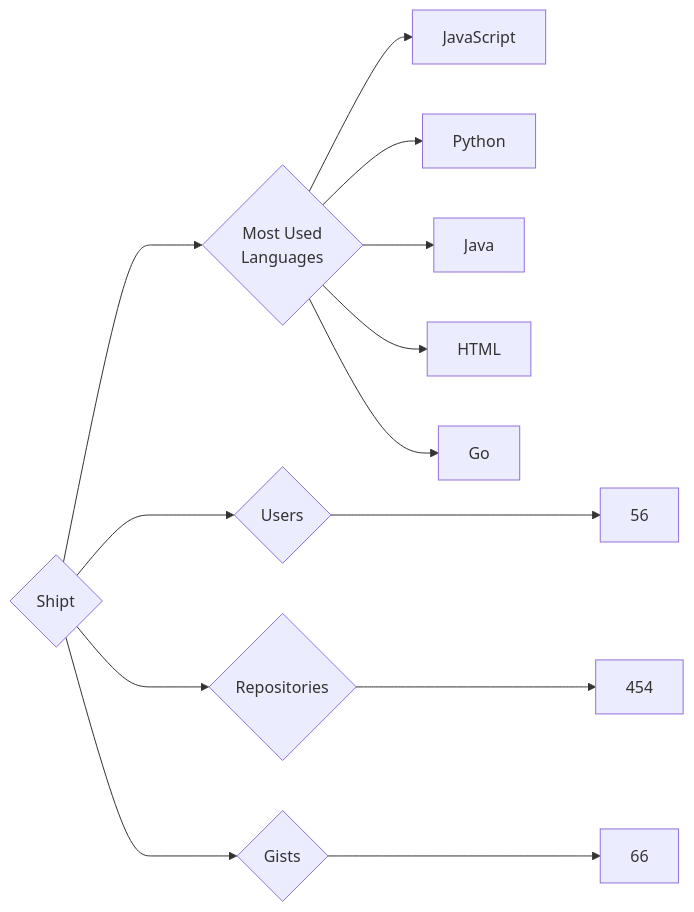
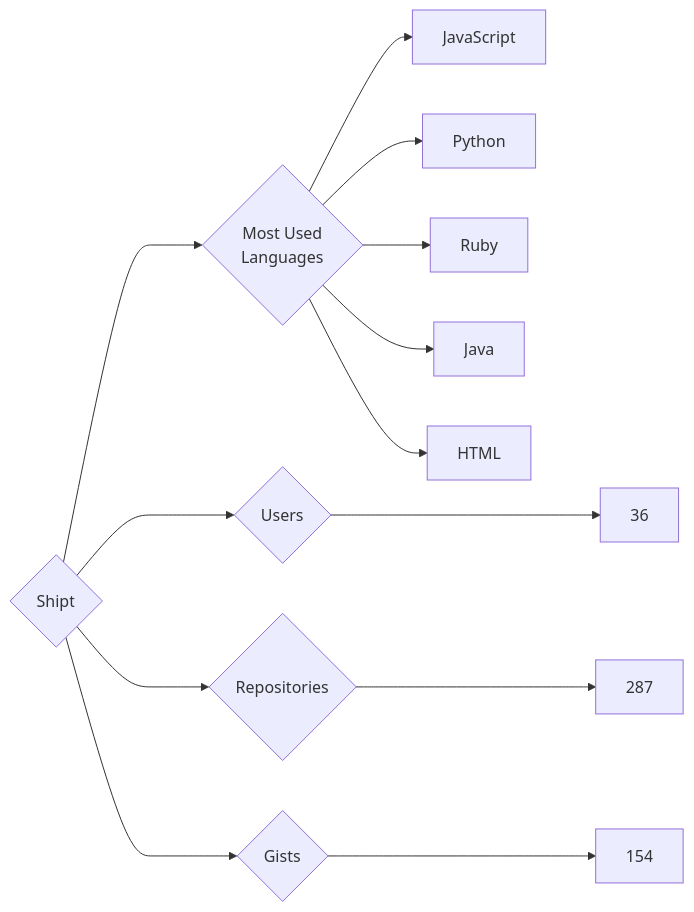
The diagram in targets/Shipt/README.md (trickest/insiders), drawn with Mermaid before and after one commit. The commit also changed 973 other files, not shown here.

````diff
--- a/targets/Shipt/README.md
+++ b/targets/Shipt/README.md
@@ -3,13 +3,13 @@
 ```mermaid
 graph LR
 COMPANY_NAME{Shipt}
-COMPANY_NAME ---> U{Users} ---> UN[56]
-COMPANY_NAME ---> R{Repositories} ---> RN[454]
-COMPANY_NAME ---> G{Gists} ---> GN[66]
+COMPANY_NAME ---> U{Users} ---> UN[36]
+COMPANY_NAME ---> R{Repositories} ---> RN[287]
+COMPANY_NAME ---> G{Gists} ---> GN[154]
 COMPANY_NAME ---> ML{Most Used<br>Languages}
 ML --> JavaScript[JavaScript]
 ML --> Python[Python]
+ML --> Ruby[Ruby]
 ML --> Java[Java]
 ML --> HTML[HTML]
-ML --> Go[Go]
 ```
````
